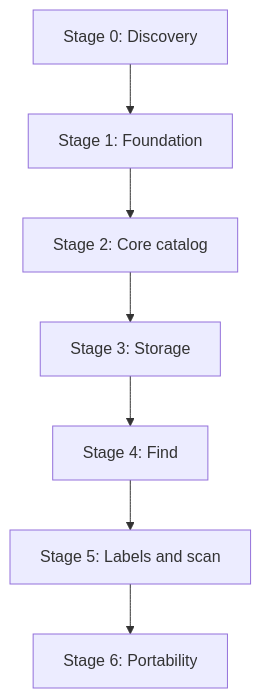
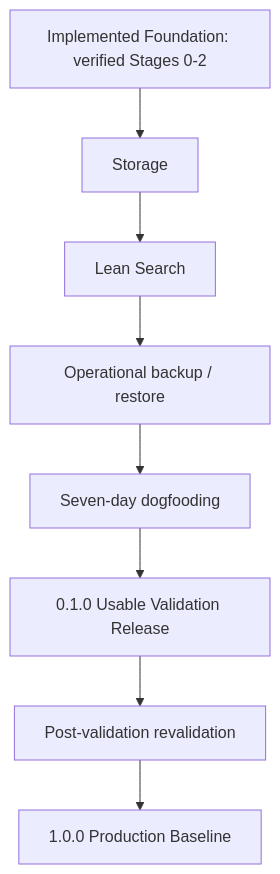
One commit to bloschinsky/inventory-atlas changed the diagram in TODO-ROADMAP.md. Above: the diagram before and after it, drawn with Mermaid. The commit also changed other lines of this file and 11 other files, not shown here.

Commit message:
docs(project): simplify validation release scope

````diff
--- a/TODO-ROADMAP.md
+++ b/TODO-ROADMAP.md
@@ -45,9 +61,10 @@
 ```mermaid
 flowchart TD
-    S0["Stage 0: Discovery"] --> S1["Stage 1: Foundation"]
-    S1 --> S2["Stage 2: Core catalog"]
-    S2 --> S3["Stage 3: Storage"]
-    S3 --> S4["Stage 4: Find"]
-    S4 --> S5["Stage 5: Labels and scan"]
-    S5 --> S6["Stage 6: Portability"]
+    F["Implemented Foundation: verified Stages 0-2"] --> S["Storage"]
+    S --> Q["Lean Search"]
+    Q --> B["Operational backup / restore"]
+    B --> D["Seven-day dogfooding"]
+    D --> V["0.1.0 Usable Validation Release"]
+    V --> P["Post-validation revalidation"]
+    P --> R["1.0.0 Production Baseline"]
 ```
````
